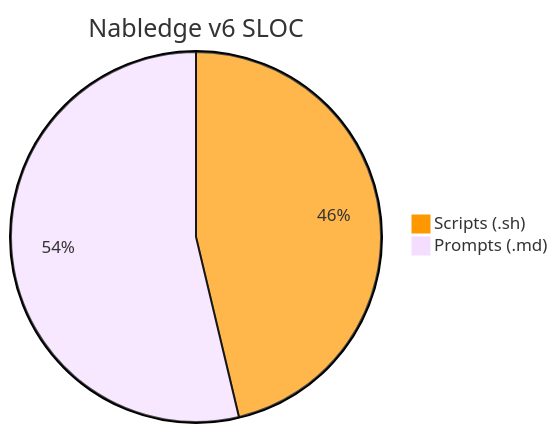
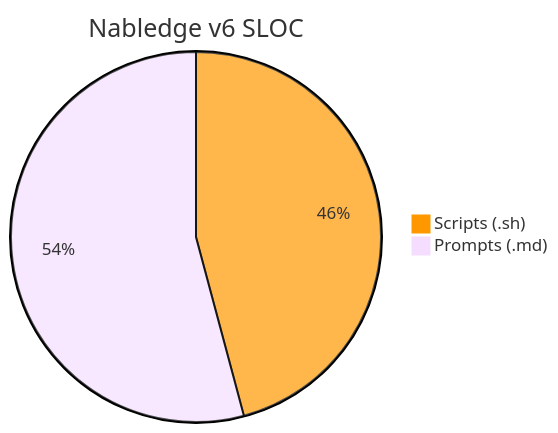
One commit to nablarch/nabledge-dev changed the ninth of 14 diagrams in docs/metrics.md. Above: the diagram before and after it, drawn with Mermaid. The commit also changed other lines of this file and 2 other files, not shown here.

````diff
--- a/docs/metrics.md
+++ b/docs/metrics.md
@@ -132,6 +132,6 @@
 ```mermaid
 %%{init: {'theme': 'base', 'themeVariables': {'pie1': '#FF9800'}}}%%
 pie title Nabledge v6 SLOC
   "Scripts (.sh)" : 1116
-  "Prompts (.md)" : 1296
+  "Prompts (.md)" : 1319
 ```
````
